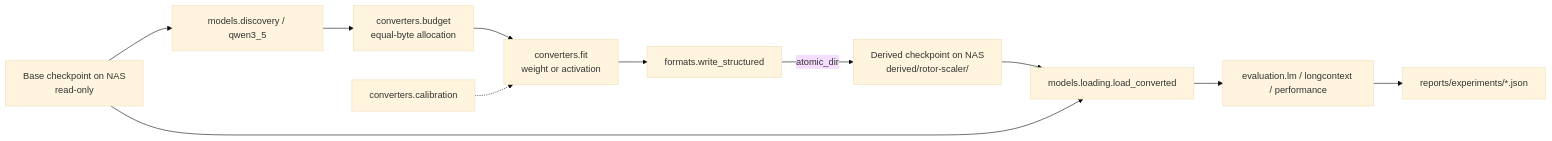
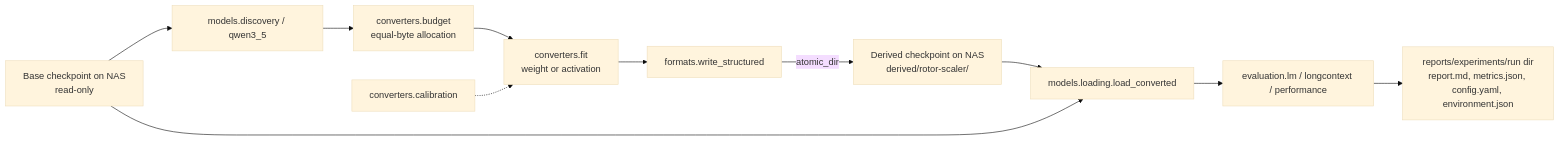
Before and after one commit to PyroFlareX/rotorized-transformers: the diagram in AGENTS.md, drawn with Mermaid (base theme). The commit also changed other lines of this file and 55 other files, not shown here.

````diff
--- a/AGENTS.md
+++ b/AGENTS.md
@@ -70,13 +78,13 @@
 ```mermaid
 flowchart LR
   B[Base checkpoint on NAS<br/>read-only] --> D[models.discovery / qwen3_5]
   D --> A[converters.budget<br/>equal-byte allocation]
   A --> F[converters.fit<br/>weight or activation]
   C[converters.calibration] -.-> F
   F --> M[formats.write_structured]
   M -->|atomic_dir| X[Derived checkpoint on NAS<br/>derived/rotor-scaler/]
   X --> L[models.loading.load_converted]
   B --> L
   L --> E[evaluation.lm / longcontext / performance]
-  E --> R[reports/experiments/*.json]
+  E --> R[reports/experiments/run dir<br/>report.md, metrics.json, config.yaml, environment.json]
 ```
````
